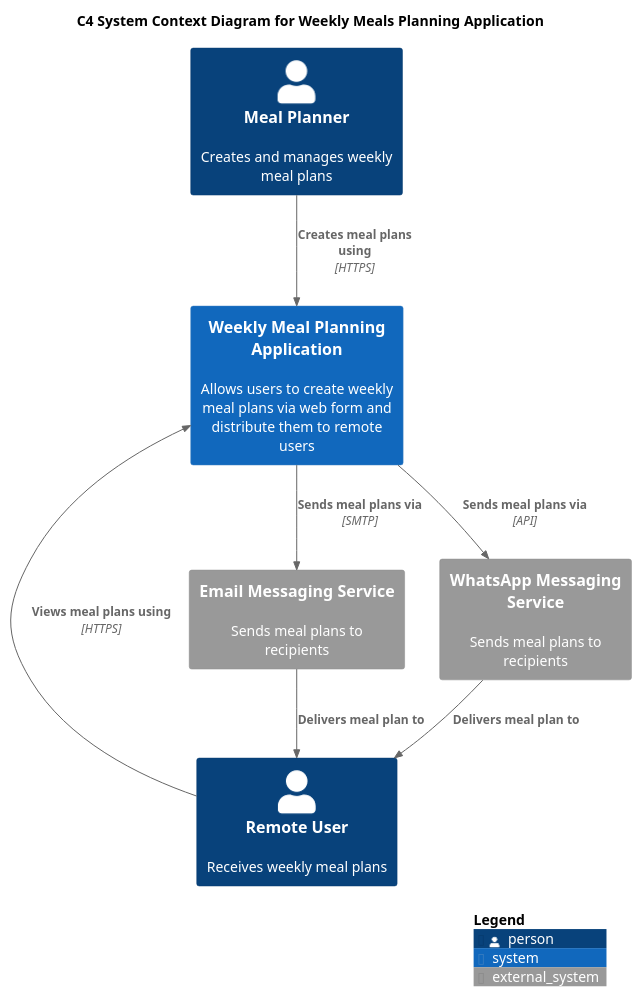
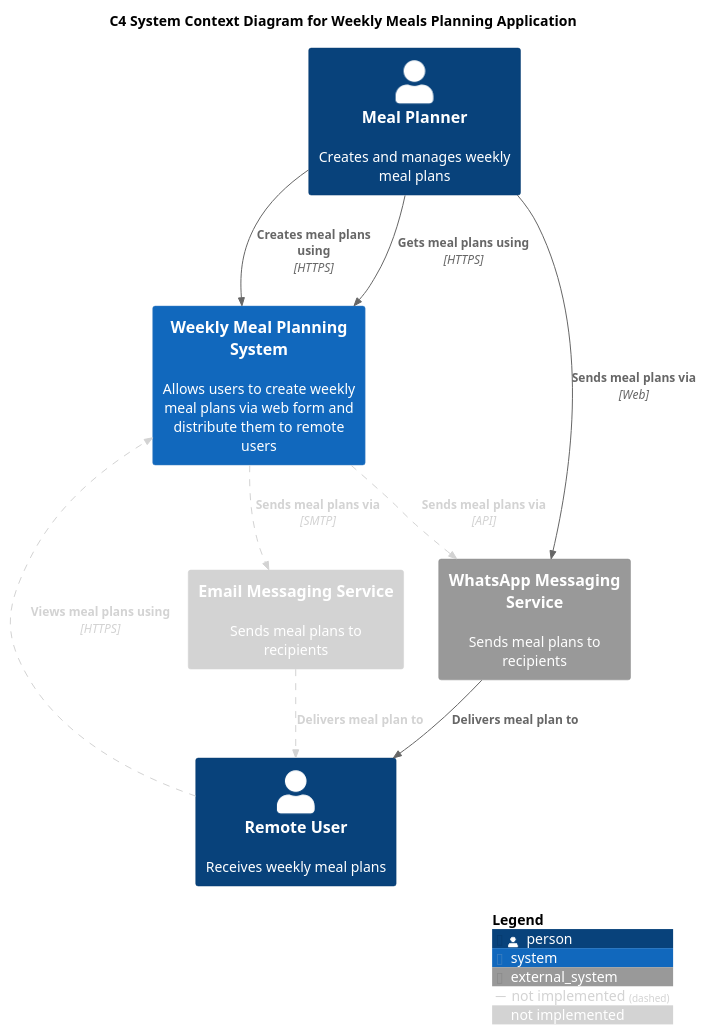
One commit to AlbertoMartinezMunoz/weekly-meals changed the diagram in docs/c4/1-c4-system-context.puml. Above: the diagram before and after it, drawn with PlantUML. The commit also changed 1 other file, not shown here.

Commit message:
docs(uml): update system context diagram

```diff
--- a/docs/c4/1-c4-system-context.puml
+++ b/docs/c4/1-c4-system-context.puml
@@ -1,37 +1,41 @@
 @startuml
 !include <C4/C4_Component>
 
 AddRelTag("invisible", $textColor="transparent", $lineColor="transparent", $lineStyle = DashedLine())
+AddRelTag("not implemented", $textColor="lightgray", $lineColor="lightgray", $lineStyle = DashedLine())
+AddElementTag("not implemented", $borderColor="lightgray", $fontColor="white", $bgColor="lightgray")
 
 title C4 System Context Diagram for Weekly Meals Planning Application
 
 
 '----------------------------------------------------------------
 'Actors
 '----------------------------------------------------------------
 Person(planner, "Meal Planner", "Creates and manages weekly meal plans")
 Person(recipient, "Remote User", "Receives weekly meal plans")
 
 
 '----------------------------------------------------------------
 'Components
 '----------------------------------------------------------------
-System(meal_planner, "Weekly Meal Planning Application", "Allows users to create weekly meal plans via web form and distribute them to remote users")
-System_Ext(email, "Email Messaging Service", "Sends meal plans to recipients")
+System(meal_planner, "Weekly Meal Planning System", "Allows users to create weekly meal plans via web form and distribute them to remote users")
+System_Ext(email, "Email Messaging Service", "Sends meal plans to recipients", $tags="not implemented")
 System_Ext(whatsapp, "WhatsApp Messaging Service", "Sends meal plans to recipients")
 
 
 '----------------------------------------------------------------
 'Relations
 '----------------------------------------------------------------
 Rel(planner, meal_planner, "Creates meal plans using", "HTTPS")
-Rel(meal_planner, email, "Sends meal plans via", "SMTP")
-Rel(meal_planner, whatsapp, "Sends meal plans via", "API")
-Rel(email, recipient, "Delivers meal plan to")
+Rel(planner, meal_planner, "Gets meal plans using", "HTTPS")
+Rel(meal_planner, email, "Sends meal plans via", "SMTP", $tags="not implemented")
+Rel(meal_planner, whatsapp, "Sends meal plans via", "API", $tags="not implemented")
+Rel(planner, whatsapp, "Sends meal plans via", "Web")
+Rel(email, recipient, "Delivers meal plan to", $tags="not implemented")
 Rel(whatsapp, recipient, "Delivers meal plan to")
-Rel(recipient, meal_planner, "Views meal plans using", "HTTPS")
+Rel(recipient, meal_planner, "Views meal plans using", "HTTPS", $tags="not implemented")
 
 
 SHOW_LEGEND()
 
 @enduml
```
